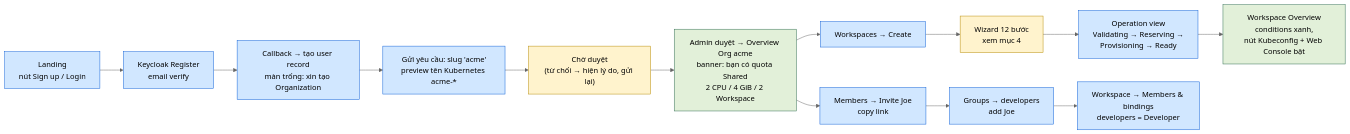
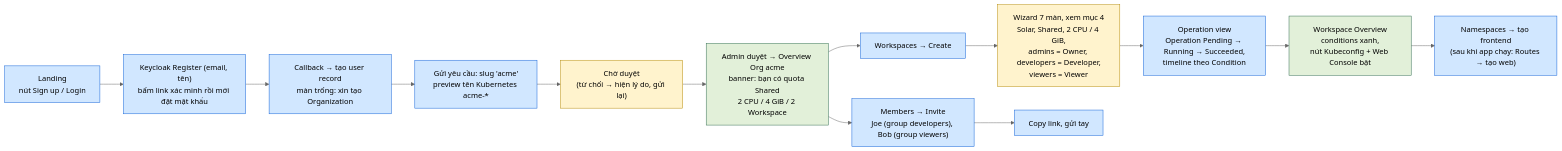
One commit to thaihoc1310/tenantry changed the second of 6 diagrams in docs/architecture/07-ux-wireflow.md. Above: the diagram before and after it, drawn with Mermaid (neutral theme). The commit also changed other lines of this file and 14 other files, not shown here.

Commit message:
docs: full review of M0-M12 with org slugs without hyphens, one shared quota per Workspace, tenant RoleBinding and network admission policies, kube-proxy local detection by interface, in-app ownership transfer, missing endpoints, and demo numbers that fit the lab

````diff
--- a/docs/architecture/07-ux-wireflow.md
+++ b/docs/architecture/07-ux-wireflow.md
@@ -72,23 +71,23 @@
 ```mermaid
 flowchart LR
   classDef s fill:#d1e7ff,stroke:#0b5ed7,color:#000
   classDef d fill:#fff3cd,stroke:#b58900,color:#000
   classDef e fill:#e2f0d9,stroke:#2d6a4f,color:#000
 
   S1["Landing<br/>nút Sign up / Login"]:::s
-  S2["Keycloak Register<br/>email verify"]:::s
+  S2["Keycloak Register (email, tên)<br/>bấm link xác minh rồi mới đặt mật khẩu"]:::s
   S3["Callback → tạo user record<br/>màn trống: xin tạo Organization"]:::s
   S3a["Gửi yêu cầu: slug 'acme'<br/>preview tên Kubernetes acme-*"]:::s
   S3b["Chờ duyệt<br/>(từ chối → hiện lý do, gửi lại)"]:::d
   S4["Admin duyệt → Overview Org acme<br/>banner: bạn có quota Shared<br/>2 CPU / 4 GiB / 2 Workspace"]:::e
   S5["Workspaces → Create"]:::s
-  W["Wizard 12 bước<br/>xem mục 4"]:::d
-  S6["Operation view<br/>Validating → Reserving →<br/>Provisioning → Ready"]:::s
+  W["Wizard 7 màn, xem mục 4<br/>Solar, Shared, 2 CPU / 4 GiB,<br/>admins = Owner, developers = Developer,<br/>viewers = Viewer"]:::d
+  S6["Operation view<br/>Operation Pending → Running → Succeeded,<br/>timeline theo Condition"]:::s
   S7["Workspace Overview<br/>conditions xanh,<br/>nút Kubeconfig + Web Console bật"]:::e
-  S8["Members → Invite Joe<br/>copy link"]:::s
-  S9["Groups → developers<br/>add Joe"]:::s
-  S10["Workspace → Members & bindings<br/>developers = Developer"]:::s
+  S7a["Namespaces → tạo frontend<br/>(sau khi app chạy: Routes → tạo web)"]:::s
+  S8["Members → Invite<br/>Joe (group developers), Bob (group viewers)"]:::s
+  S9["Copy link, gửi tay"]:::s
 
-  S1 --> S2 --> S3 --> S3a --> S3b --> S4 --> S5 --> W --> S6 --> S7
-  S4 --> S8 --> S9 --> S10
+  S1 --> S2 --> S3 --> S3a --> S3b --> S4 --> S5 --> W --> S6 --> S7 --> S7a
+  S4 --> S8 --> S9
 ```
````
